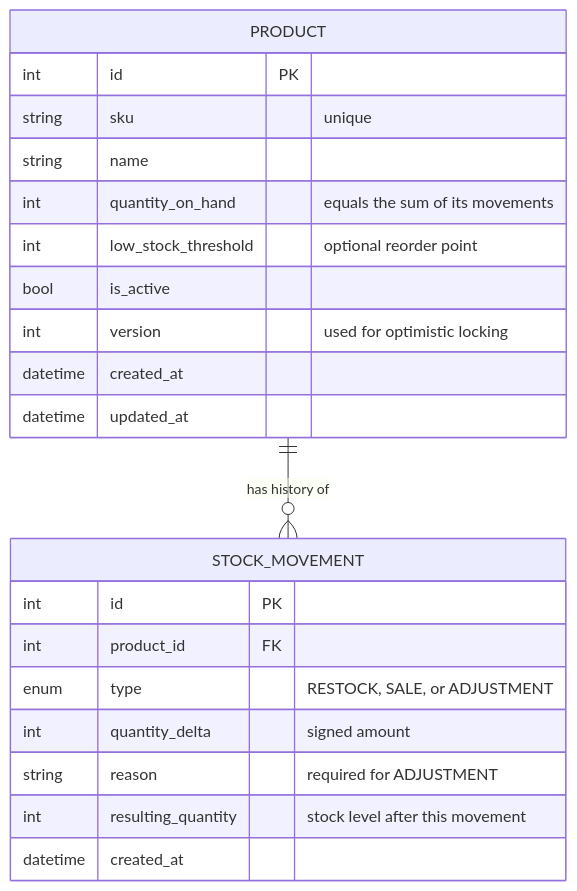
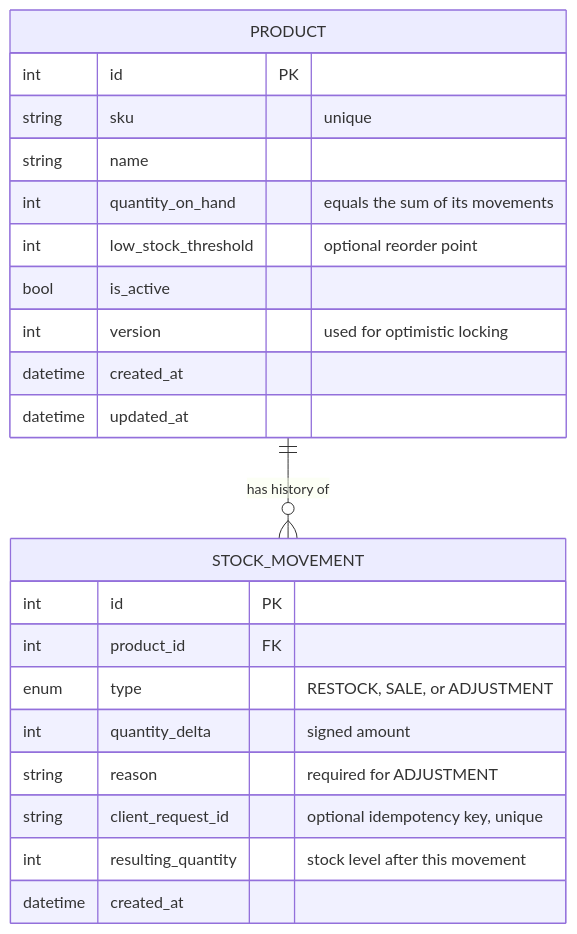
Before and after one commit to Devblaze14/foxo: the second of 2 diagrams in README.md, drawn with Mermaid. The commit also changed other lines of this file, not shown here.

````diff
--- a/README.md
+++ b/README.md
@@ -80,26 +105,27 @@
 ```mermaid
 erDiagram
     PRODUCT ||--o{ STOCK_MOVEMENT : "has history of"
 
     PRODUCT {
         int id PK
         string sku "unique"
         string name
         int quantity_on_hand "equals the sum of its movements"
         int low_stock_threshold "optional reorder point"
         bool is_active
         int version "used for optimistic locking"
         datetime created_at
         datetime updated_at
     }
 
     STOCK_MOVEMENT {
         int id PK
         int product_id FK
         enum type "RESTOCK, SALE, or ADJUSTMENT"
         int quantity_delta "signed amount"
         string reason "required for ADJUSTMENT"
+        string client_request_id "optional idempotency key, unique"
         int resulting_quantity "stock level after this movement"
         datetime created_at
     }
 ```
````
